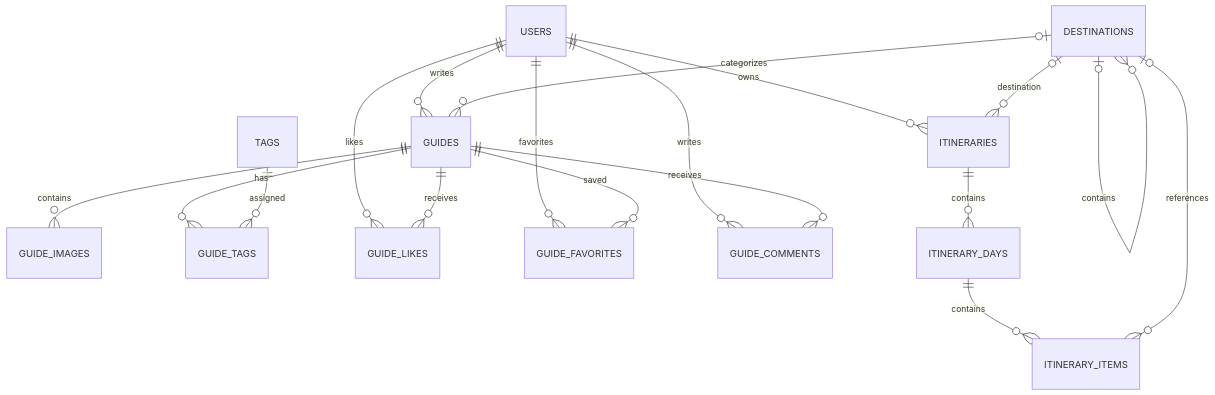
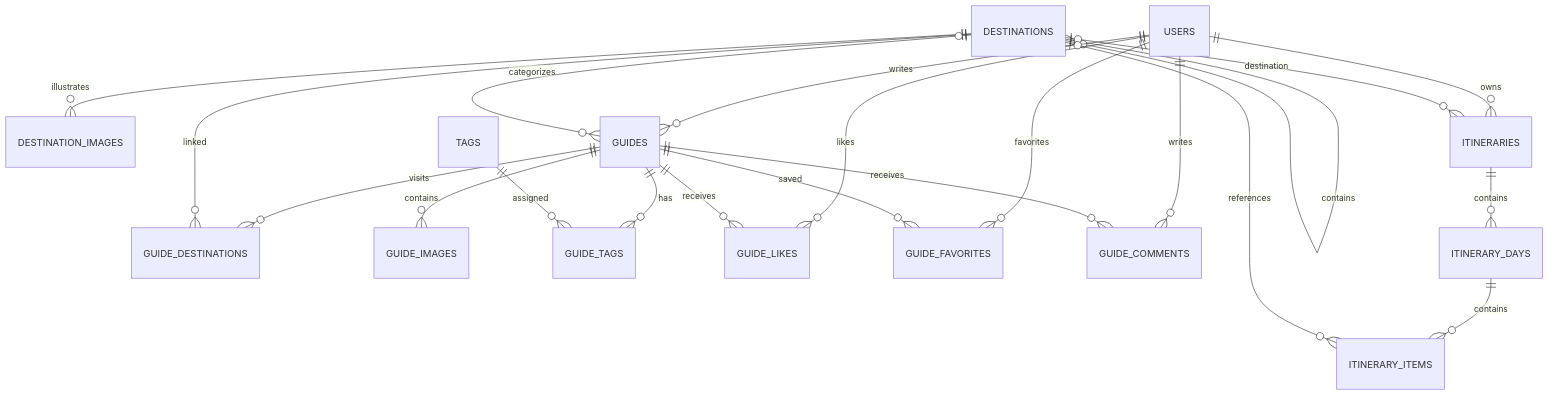
One commit to TheSixPasserby/travel-platform changed the diagram in docs/diagrams/er.mmd. Above: the diagram before and after it, drawn with Mermaid. The commit also changed 142 other files, not shown here.

```diff
--- a/docs/diagrams/er.mmd
+++ b/docs/diagrams/er.mmd
@@ -1,18 +1,21 @@
 erDiagram
     DESTINATIONS o|--o{ DESTINATIONS : contains
+    DESTINATIONS ||--o{ DESTINATION_IMAGES : illustrates
+    GUIDES ||--o{ GUIDE_DESTINATIONS : visits
+    DESTINATIONS ||--o{ GUIDE_DESTINATIONS : linked
     USERS ||--o{ GUIDES : writes
     DESTINATIONS o|--o{ GUIDES : categorizes
     GUIDES ||--o{ GUIDE_IMAGES : contains
     GUIDES ||--o{ GUIDE_TAGS : has
     TAGS ||--o{ GUIDE_TAGS : assigned
     USERS ||--o{ GUIDE_LIKES : likes
     GUIDES ||--o{ GUIDE_LIKES : receives
     USERS ||--o{ GUIDE_FAVORITES : favorites
     GUIDES ||--o{ GUIDE_FAVORITES : saved
     USERS ||--o{ GUIDE_COMMENTS : writes
     GUIDES ||--o{ GUIDE_COMMENTS : receives
     USERS ||--o{ ITINERARIES : owns
     DESTINATIONS o|--o{ ITINERARIES : destination
     ITINERARIES ||--o{ ITINERARY_DAYS : contains
     ITINERARY_DAYS ||--o{ ITINERARY_ITEMS : contains
     DESTINATIONS o|--o{ ITINERARY_ITEMS : references
```
